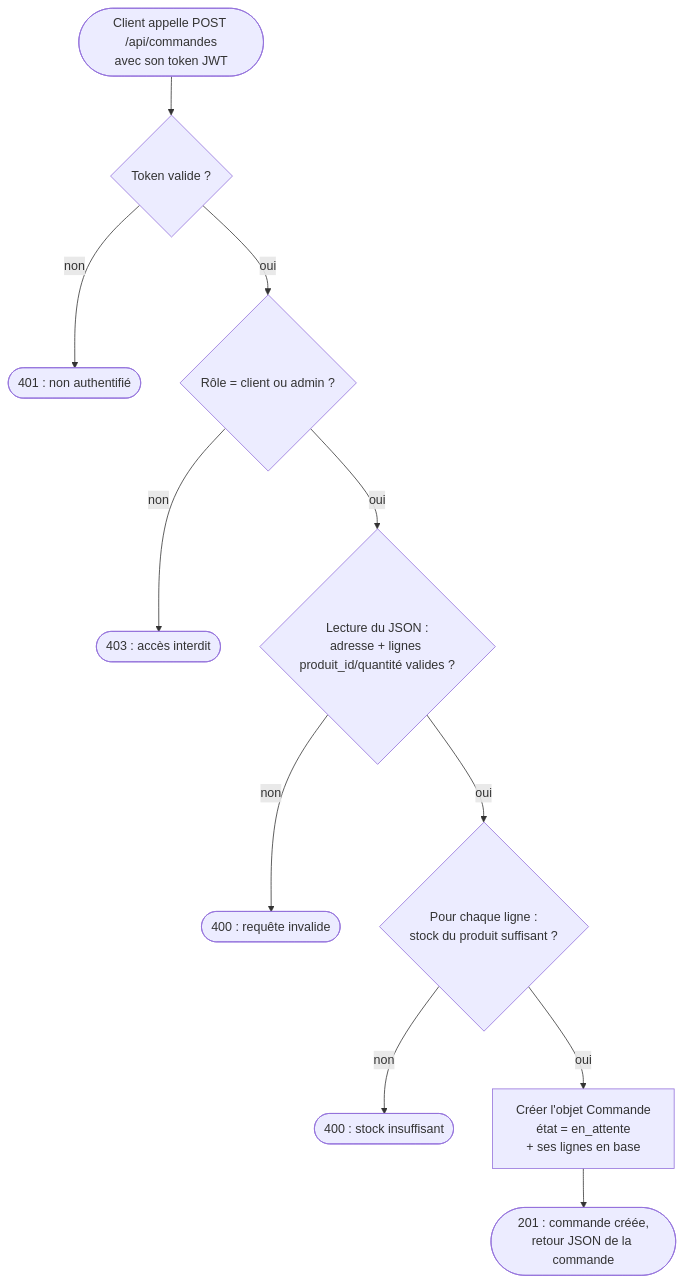
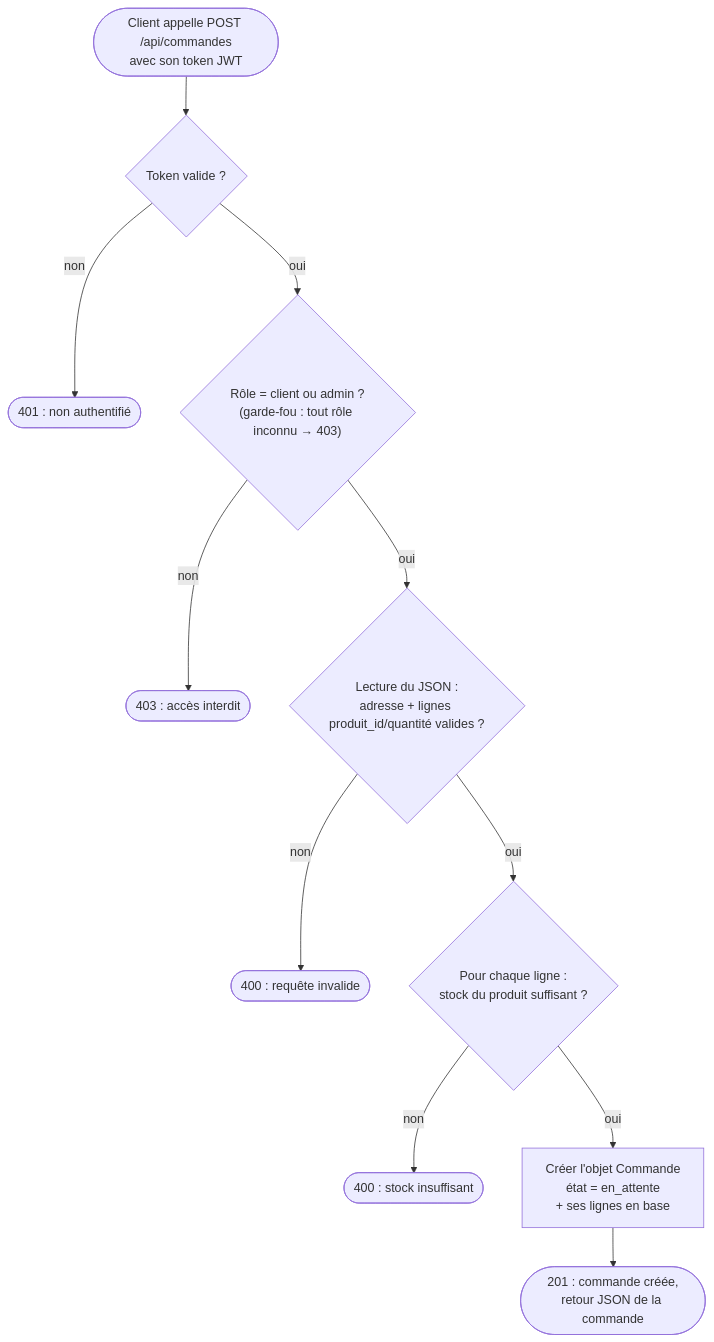
Before and after one commit to ericlacombe/mon-premier-projet: the second of 2 diagrams in etape2-fonctions-metier.md, drawn with Mermaid. The commit also changed other lines of this file, not shown here.

Commit message:
etape 2 : garde fou en cas de rôle inconnu

````diff
--- a/etape2-fonctions-metier.md
+++ b/etape2-fonctions-metier.md
@@ -64,13 +64,13 @@
 ```mermaid
 flowchart TD
     START([Client appelle POST /api/commandes<br/>avec son token JWT]) --> AUTH{Token valide ?}
     AUTH -- non --> E401([401 : non authentifié])
-    AUTH -- oui --> ROLE{Rôle = client ou admin ?}
+    AUTH -- oui --> ROLE{"Rôle = client ou admin ?<br/>(garde-fou : tout rôle inconnu → 403)"}
     ROLE -- non --> E403([403 : accès interdit])
     ROLE -- oui --> DATA{Lecture du JSON :<br/>adresse + lignes produit_id/quantité valides ?}
     DATA -- non --> E400a([400 : requête invalide])
     DATA -- oui --> STOCK{Pour chaque ligne :<br/>stock du produit suffisant ?}
     STOCK -- non --> E400b([400 : stock insuffisant])
     STOCK -- oui --> CREATE[Créer l'objet Commande<br/>état = en_attente<br/>+ ses lignes en base]
     CREATE --> RESP([201 : commande créée,<br/>retour JSON de la commande])
 ```
````
